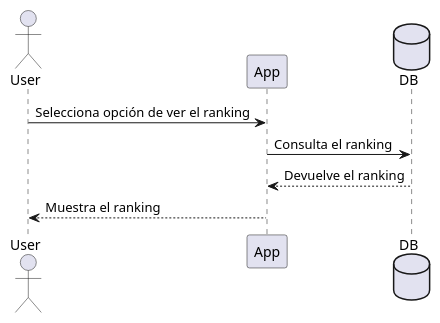
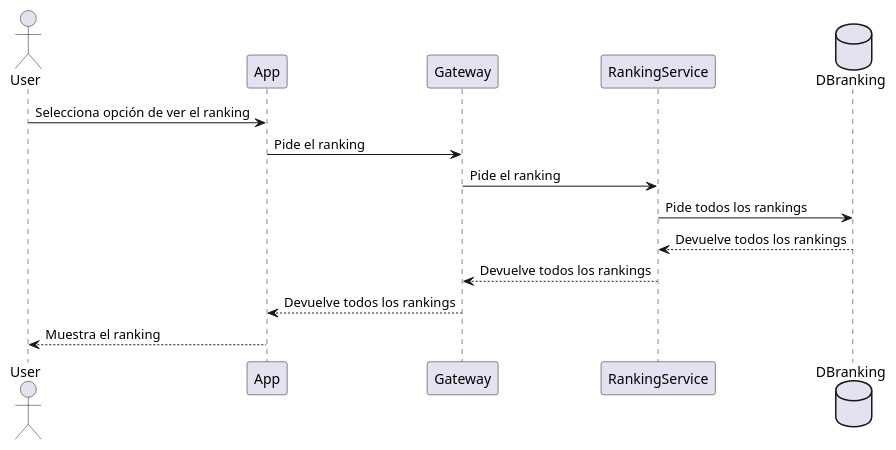
Before and after one commit to Arquisoft/wiq_es6b: the eighth of 9 diagrams in docs/src/06_runtime_view.adoc, drawn with PlantUML. The commit also changed other lines of this file, not shown here.

Commit message:
Actualizados diagramas de secuencia

```diff
--- a/docs/src/06_runtime_view.adoc
+++ b/docs/src/06_runtime_view.adoc
@@ -157,11 +216,17 @@
 [plantuml,"Ranking",png]
 ----
 actor User
 participant App
-database DB
+participant Gateway
+participant RankingService
+database DBranking
 
 User -> App: Selecciona opción de ver el ranking
-App -> DB: Consulta el ranking
-App <-- DB: Devuelve el ranking
+App -> Gateway: Pide el ranking
+Gateway -> RankingService: Pide el ranking
+RankingService-> DBranking: Pide todos los rankings
+RankingService<-- DBranking: Devuelve todos los rankings
+Gateway <-- RankingService: Devuelve todos los rankings
+App <-- Gateway: Devuelve todos los rankings
 User <-- App: Muestra el ranking
 ----
```
